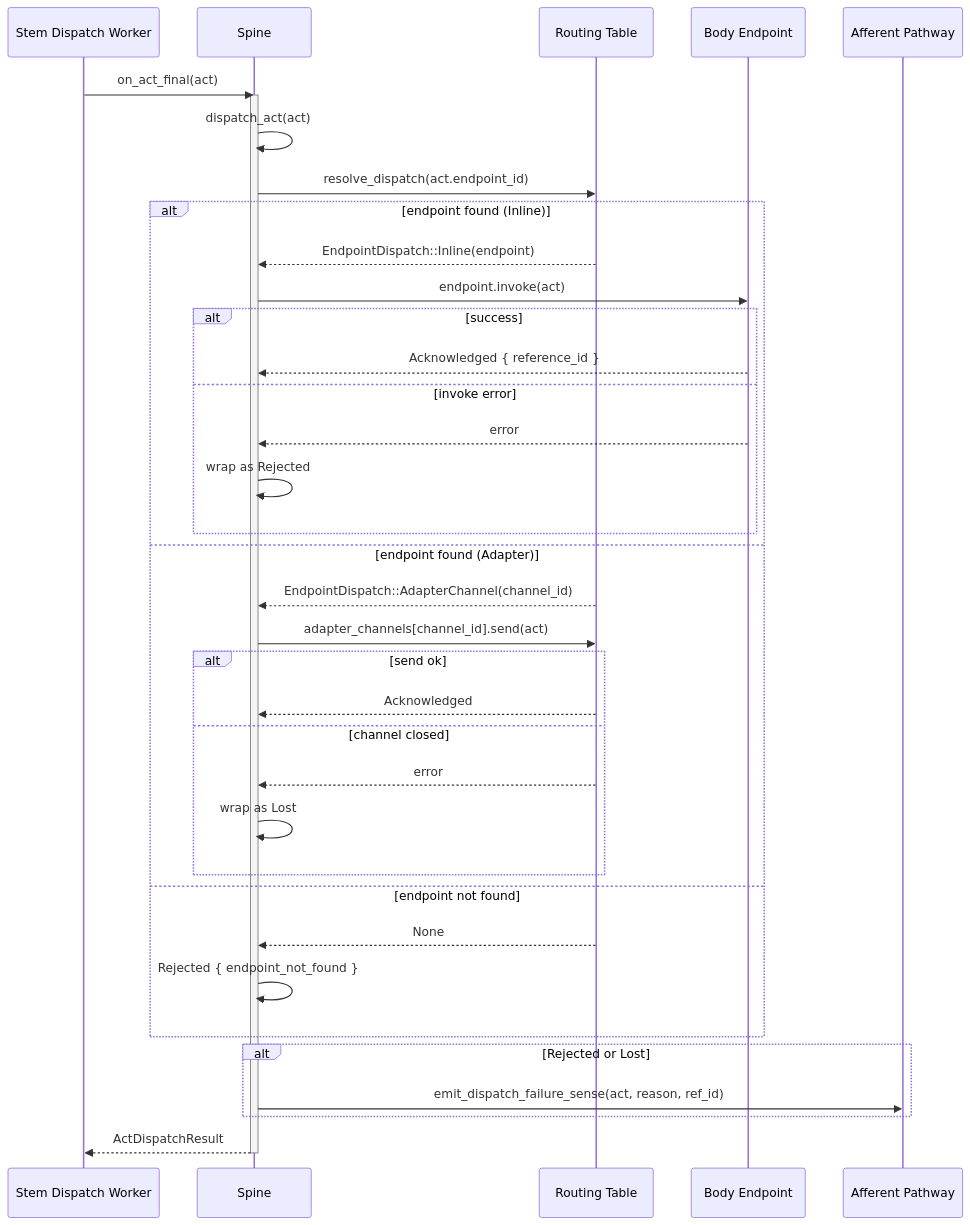
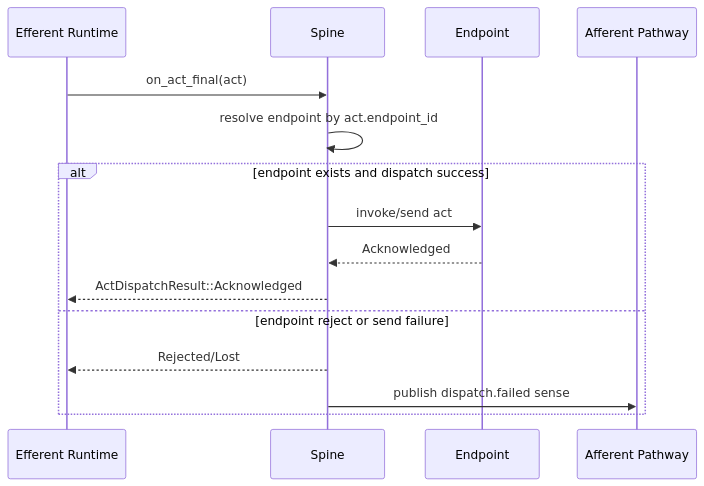
The diagram in docs/modules/spine/TOPOGRAPHY.md (xiaoland/Beluna), drawn with Mermaid before and after one commit. The commit also changed other lines of this file and 107 other files, not shown here.

Commit message:
ref: stem-cortex dual loop

````diff
--- a/docs/modules/spine/TOPOGRAPHY.md
+++ b/docs/modules/spine/TOPOGRAPHY.md
@@ -131,44 +80,19 @@
 ```mermaid
 sequenceDiagram
-    participant DW as Stem Dispatch Worker
-    participant Spine
-    participant RT as Routing Table
-    participant EP as Body Endpoint
+    participant EF as Efferent Runtime
+    participant SP as Spine
+    participant EP as Endpoint
     participant AP as Afferent Pathway
 
-    DW->>Spine: on_act_final(act)
-    activate Spine
+    EF->>SP: on_act_final(act)
+    SP->>SP: resolve endpoint by act.endpoint_id
 
-    Spine->>Spine: dispatch_act(act)
-    Spine->>RT: resolve_dispatch(act.endpoint_id)
-
-    alt endpoint found (Inline)
-        RT-->>Spine: EndpointDispatch::Inline(endpoint)
-        Spine->>EP: endpoint.invoke(act)
-        alt success
-            EP-->>Spine: Acknowledged { reference_id }
-        else invoke error
-            EP-->>Spine: error
-            Spine->>Spine: wrap as Rejected
-        end
-    else endpoint found (Adapter)
-        RT-->>Spine: EndpointDispatch::AdapterChannel(channel_id)
-        Spine->>RT: adapter_channels[channel_id].send(act)
-        alt send ok
-            RT-->>Spine: Acknowledged
-        else channel closed
-            RT-->>Spine: error
-            Spine->>Spine: wrap as Lost
-        end
-    else endpoint not found
-        RT-->>Spine: None
-        Spine->>Spine: Rejected { endpoint_not_found }
+    alt endpoint exists and dispatch success
+        SP->>EP: invoke/send act
+        EP-->>SP: Acknowledged
+        SP-->>EF: ActDispatchResult::Acknowledged
+    else endpoint reject or send failure
+        SP-->>EF: Rejected/Lost
+        SP->>AP: publish dispatch.failed sense
     end
-
-    alt Rejected or Lost
-        Spine->>AP: emit_dispatch_failure_sense(act, reason, ref_id)
-    end
-
-    Spine-->>DW: ActDispatchResult
-    deactivate Spine
 ```
````
